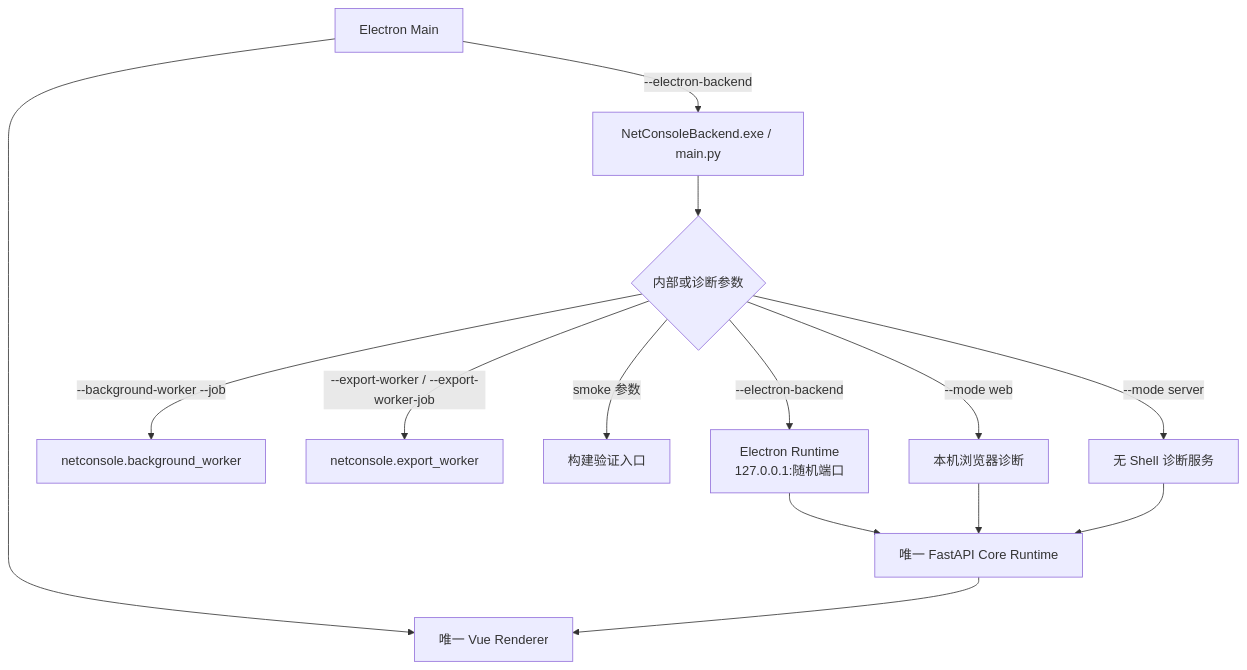
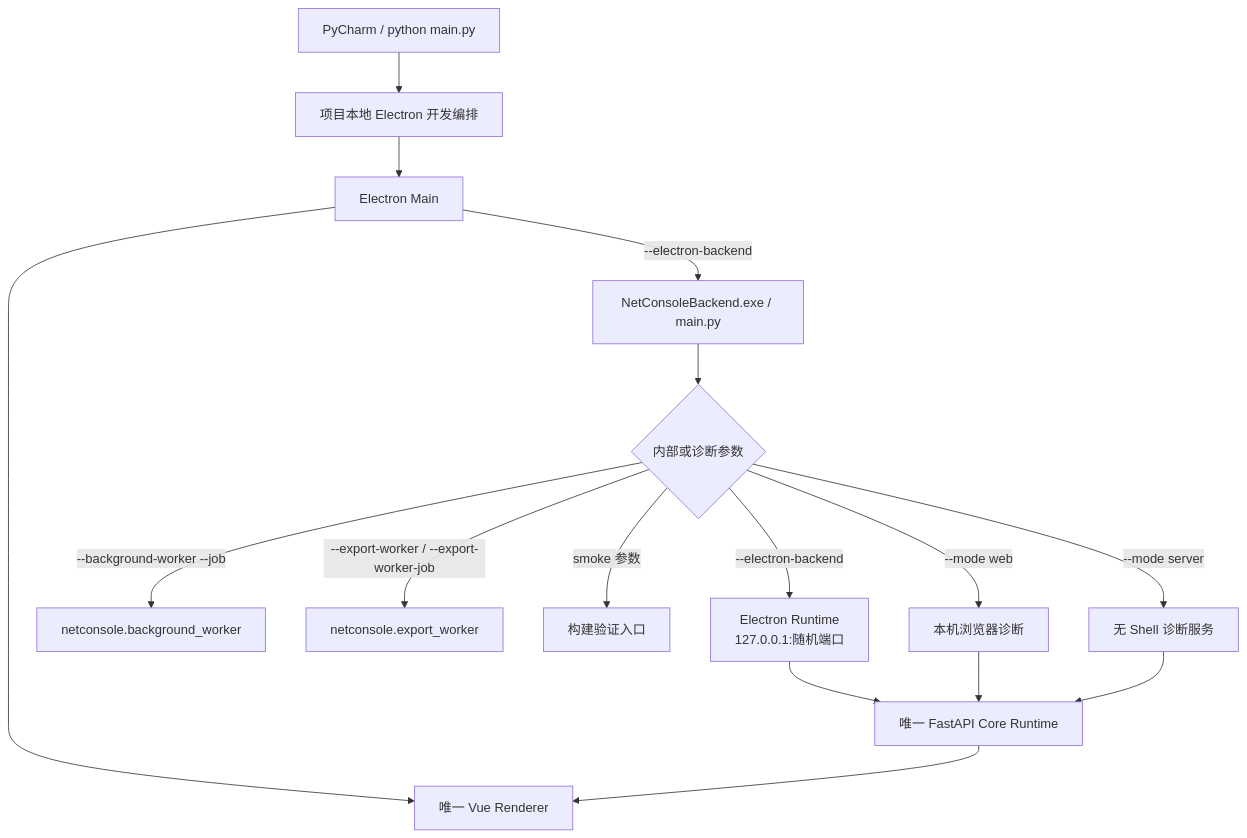
The first of 6 diagrams in docs/ARCHITECTURE.md (wxj183589/NetConsole), drawn with Mermaid before and after one commit. The commit also changed other lines of this file and 2 other files, not shown here.

Commit message:
文档(归档): 记录 PyCharm 与永久层去 Qt 进展

````diff
--- a/docs/ARCHITECTURE.md
+++ b/docs/ARCHITECTURE.md
@@ -11,16 +11,18 @@
 ```mermaid
 flowchart TD
+    PYCHARM["PyCharm / python main.py"] --> DEV["项目本地 Electron 开发编排"]
+    DEV --> ELECTRON
     ELECTRON["Electron Main"] --> VUE["唯一 Vue Renderer"]
     ELECTRON -->|"--electron-backend"| MAIN["NetConsoleBackend.exe / main.py"]
     MAIN --> MODE{"内部或诊断参数"}
     MODE -->|"--electron-backend"| EBACKEND["Electron Runtime\n127.0.0.1:随机端口"]
     MODE -->|"--background-worker --job"| BJ["netconsole.background_worker"]
     MODE -->|"--export-worker / --export-worker-job"| EW["netconsole.export_worker"]
     MODE -->|"smoke 参数"| SMOKE["构建验证入口"]
     MODE -->|"--mode web"| BROWSER["本机浏览器诊断"]
     MODE -->|"--mode server"| SERVER["无 Shell 诊断服务"]
     EBACKEND --> CORE["唯一 FastAPI Core Runtime"]
     BROWSER --> CORE
     SERVER --> CORE
     CORE --> VUE
 ```
````
